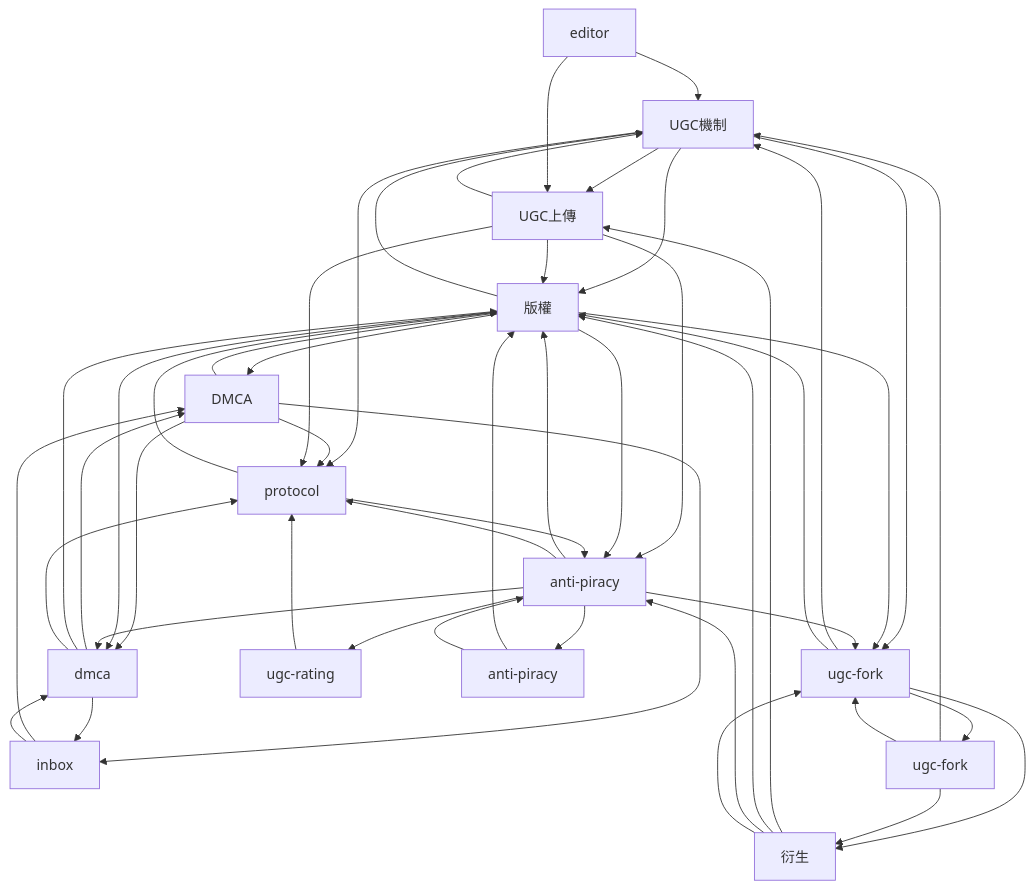
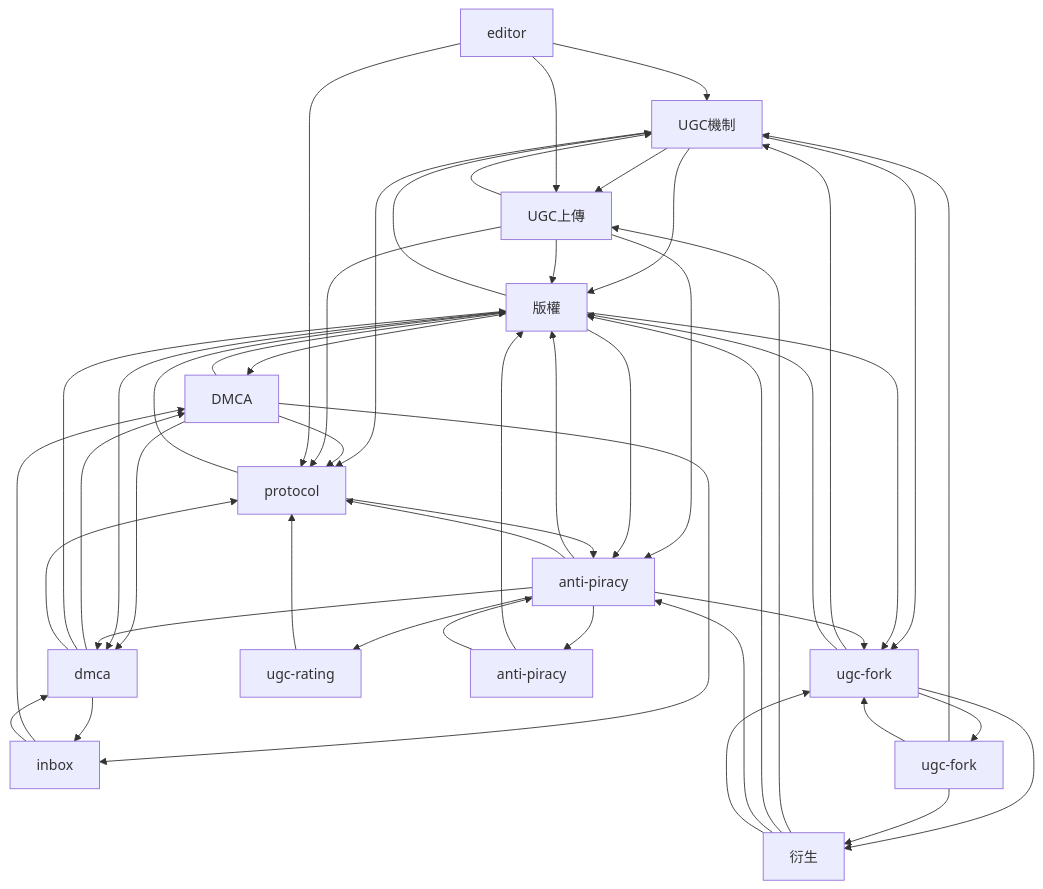
The third of 17 diagrams in docs-map.md (xjustloveux/open-4wd-specs), drawn with Mermaid before and after one commit. The commit also changed other lines of this file and 185 other files, not shown here.

````diff
--- a/docs-map.md
+++ b/docs-map.md
@@ -167,64 +168,65 @@
 ```mermaid
 flowchart TB
   n0["UGC機制"]
   n1["DMCA"]
   n2["UGC上傳"]
   n3["衍生"]
   n4["版權"]
   n5["protocol"]
   n6["anti-piracy"]
   n7["dmca"]
   n8["editor"]
   n9["inbox"]
   n10["ugc-fork"]
   n11["ugc-rating"]
   n12["anti-piracy"]
   n13["ugc-fork"]
   n0 --> n2
   n0 --> n4
   n0 --> n5
   n0 --> n10
   n1 --> n4
   n1 --> n5
   n1 --> n7
   n1 --> n9
   n2 --> n0
   n2 --> n4
   n2 --> n5
   n2 --> n6
   n3 --> n2
   n3 --> n4
   n3 --> n6
   n3 --> n10
   n4 --> n0
   n4 --> n1
   n4 --> n6
   n4 --> n7
   n4 --> n10
   n5 --> n4
   n5 --> n6
   n6 --> n4
   n6 --> n5
   n6 --> n7
   n6 --> n10
   n6 --> n11
   n6 --> n12
   n7 --> n1
   n7 --> n4
   n7 --> n5
   n7 --> n9
   n8 --> n0
   n8 --> n2
+  n8 --> n5
   n9 --> n1
   n9 --> n7
   n10 --> n0
   n10 --> n3
   n10 --> n4
   n10 --> n13
   n11 --> n5
   n12 --> n4
   n12 --> n6
   n13 --> n0
   n13 --> n3
   n13 --> n10
 ```
````
